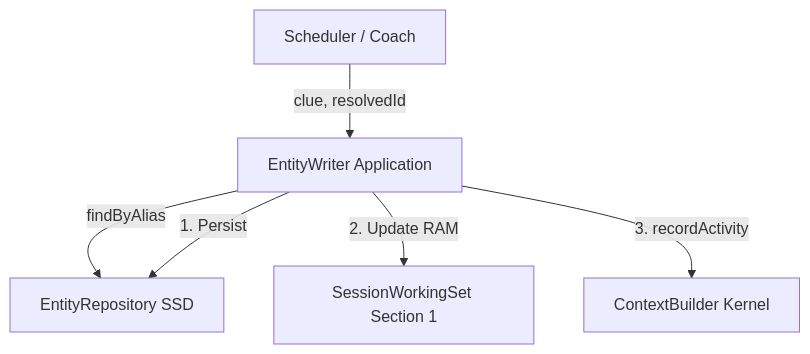
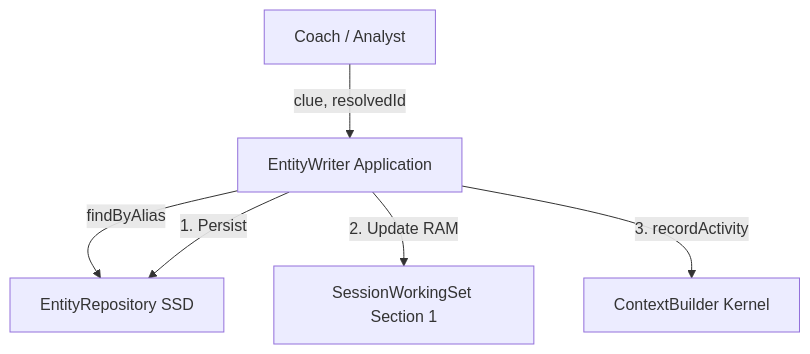
Before and after one commit to esir-nus/smart-sales-main: the diagram in docs/cerb/entity-writer/spec.md, drawn with Mermaid. The commit also changed other lines of this file and 18 other files, not shown here.

````diff
--- a/docs/cerb/entity-writer/spec.md
+++ b/docs/cerb/entity-writer/spec.md
@@ -63,8 +63,8 @@
 ```mermaid
 graph TD
-    Caller[Scheduler / Coach] -->|clue, resolvedId| EW[EntityWriter Application]
+    Caller[Coach / Analyst] -->|clue, resolvedId| EW[EntityWriter Application]
     EW -->|findByAlias| SSD[EntityRepository SSD]
     EW -->|1. Persist| SSD
     EW -->|2. Update RAM| RAM[SessionWorkingSet Section 1]
     EW -->|3. recordActivity| Kernel[ContextBuilder Kernel]
 ```
````
